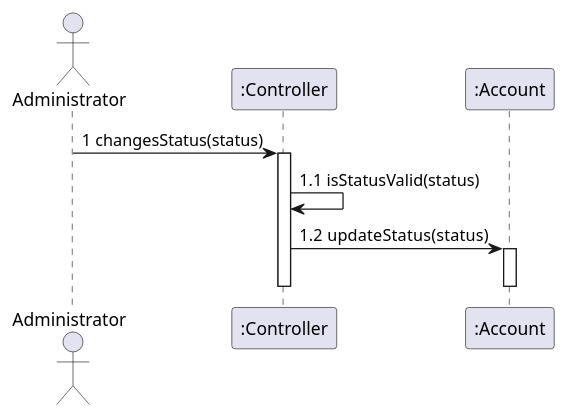
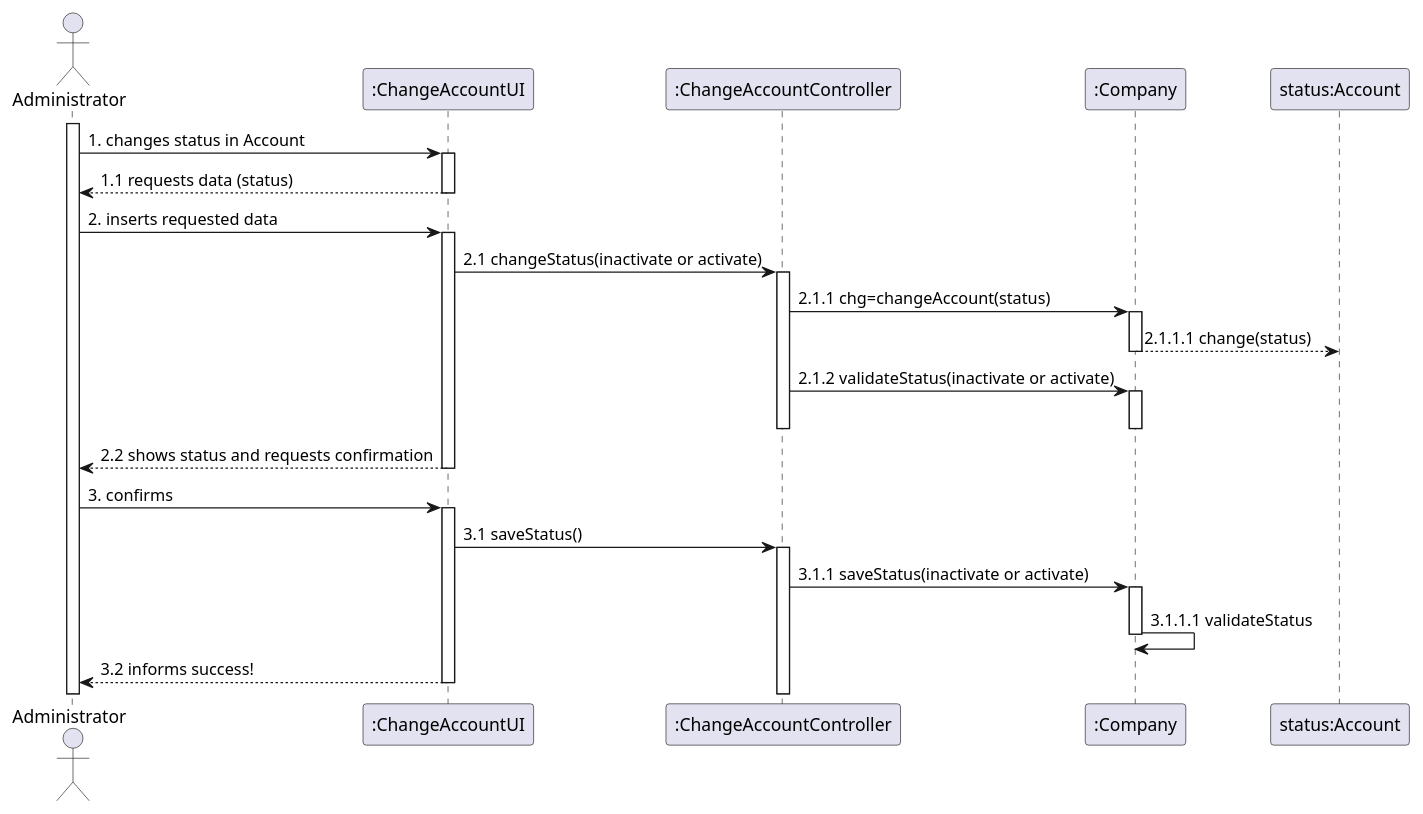
Before and after one commit to Loracline/project_switch_22-23: the diagram in docs/modelling_design/user_stories/us006/US006_Sequence_Diagram.puml, drawn with PlantUML. The commit also changed 2 other files, not shown here.

Commit message:
US 006: Design: update class Diagram / update SSD

```diff
--- a/docs/modelling_design/user_stories/us006/US006_Sequence_Diagram.puml
+++ b/docs/modelling_design/user_stories/us006/US006_Sequence_Diagram.puml
@@ -1,18 +2,42 @@
 @startuml
+'última versão
 'https://plantuml.com/sequence-diagram
 
 
 actor "Administrator"
-participant ":Controller" as rgc
-participant ":Account" as Account
+participant ":ChangeAccountUI" as caUi
+participant ":ChangeAccountController" as cac
+participant ":Company" as company
+participant "status:Account" as Account
 
-
-Administrator -> rgc: 1 changesStatus(status)
-activate rgc
-rgc -> rgc: 1.1 isStatusValid(status)
-rgc -> Account: 1.2  updateStatus(status)
-activate Account
-deactivate Account
-deactivate rgc
+activate Administrator
+Administrator  -> caUi : 1. changes status in Account
+activate caUi
+caUi --> Administrator: 1.1 requests data (status)
+deactivate caUi
+Administrator -> caUi: 2. inserts requested data
+activate caUi
+caUi -> cac: 2.1 changeStatus(inactivate or activate)
+activate cac
+cac -> company: 2.1.1 chg=changeAccount(status)
+activate company
+company --> Account: 2.1.1.1 change(status)
+deactivate company
+cac -> company: 2.1.2 validateStatus(inactivate or activate)
+activate company
+deactivate cac
+deactivate company
+caUi --> Administrator: 2.2 shows status and requests confirmation
+deactivate caUi
+Administrator -> caUi: 3. confirms
+activate caUi
+caUi -> cac: 3.1 saveStatus()
+activate cac
+cac -> company: 3.1.1 saveStatus(inactivate or activate)
+activate company
+company -> company: 3.1.1.1 validateStatus
+deactivate company
+caUi --> Administrator: 3.2 informs success!
+deactivate caUi
 
 @enduml
```
